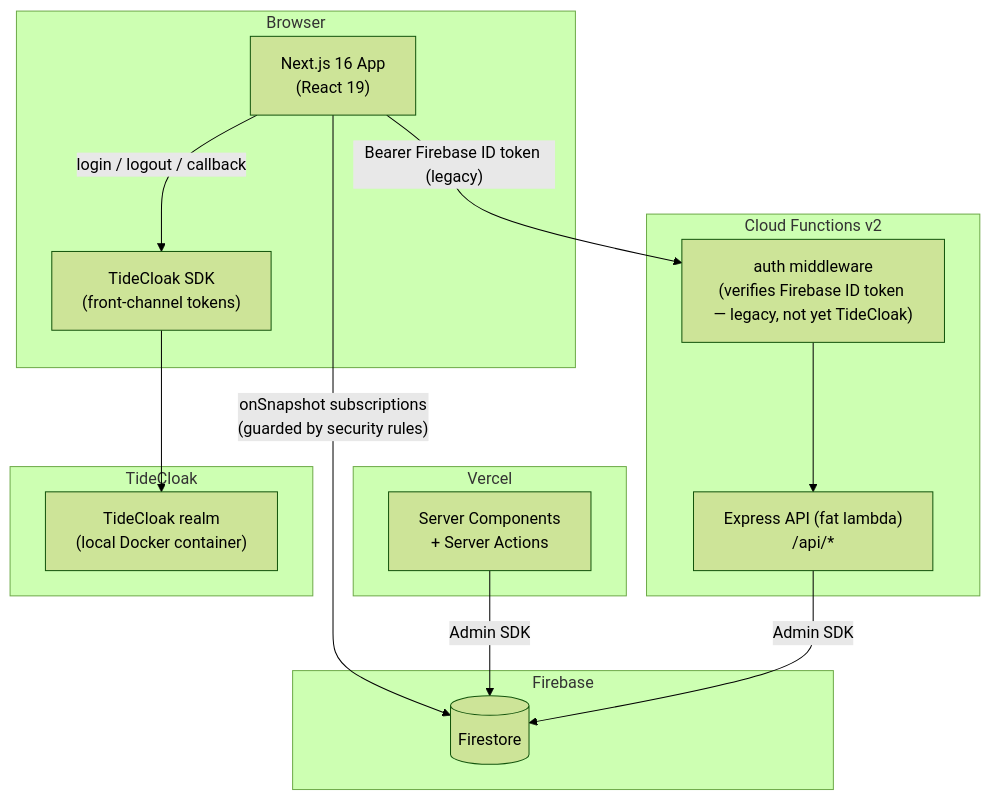
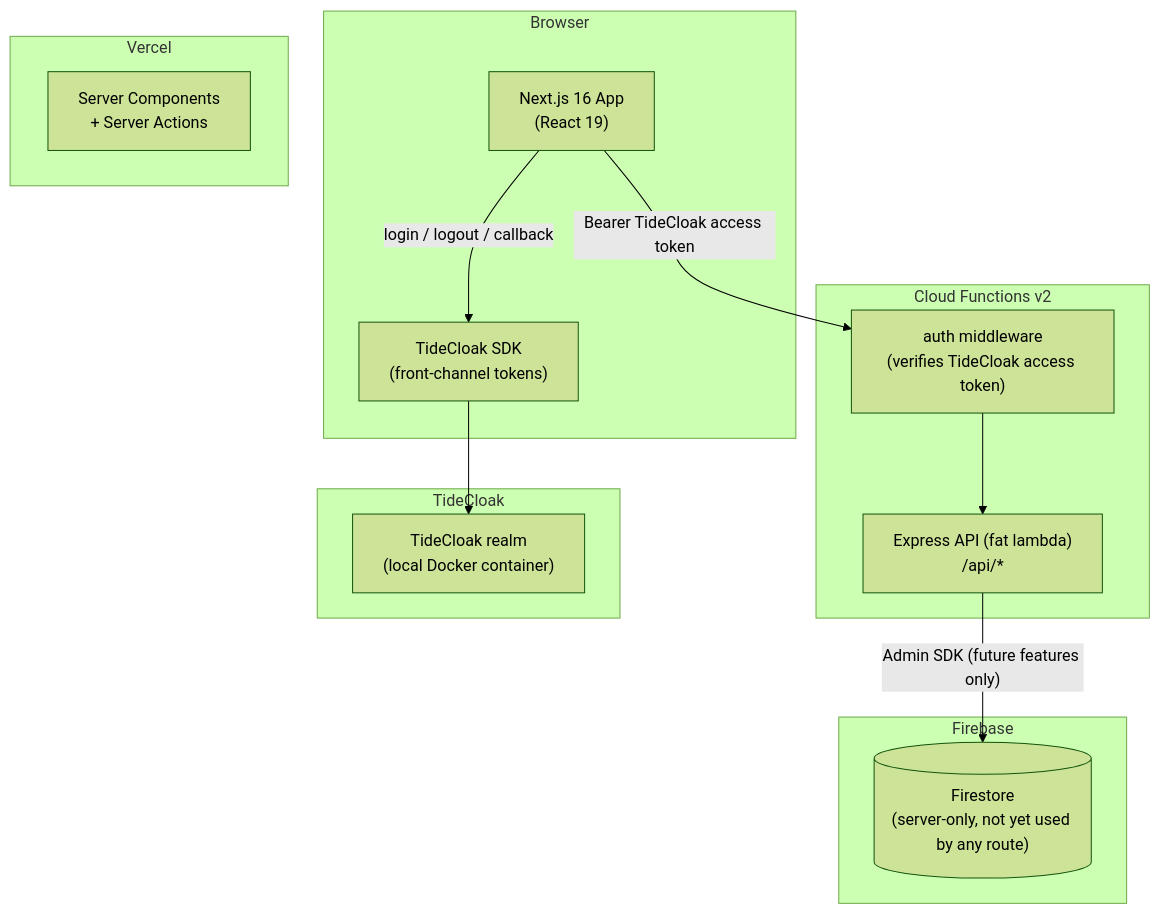
The first of 2 diagrams in docs/ARCHITECTURE.md (s3945794/Cyber-Immunity-Hackathon-Project-3), drawn with Mermaid (forest theme) before and after one commit. The commit also changed other lines of this file and 21 other files, not shown here.

Commit message:
docs: document TideCloak and server-only Firestore architecture

````diff
--- a/docs/ARCHITECTURE.md
+++ b/docs/ARCHITECTURE.md
@@ -16,30 +17,28 @@
 ```mermaid
 flowchart TB
     subgraph Browser
         UI["Next.js 16 App<br/>(React 19)"]
         TC["TideCloak SDK<br/>(front-channel tokens)"]
     end
 
     subgraph Vercel
         SC["Server Components<br/>+ Server Actions"]
     end
 
     subgraph "Cloud Functions v2"
         API["Express API (fat lambda)<br/>/api/*"]
-        MW["auth middleware<br/>(verifies Firebase ID token — legacy, not yet TideCloak)"]
+        MW["auth middleware<br/>(verifies TideCloak access token)"]
     end
 
     subgraph TideCloak
         TCS["TideCloak realm<br/>(local Docker container)"]
     end
 
     subgraph Firebase
-        FS[("Firestore")]
+        FS[("Firestore<br/>(server-only, not yet used by any route)")]
     end
 
     UI -->|"login / logout / callback"| TC --> TCS
-    UI -->|"onSnapshot subscriptions<br/>(guarded by security rules)"| FS
-    UI -->|"Bearer Firebase ID token (legacy)"| MW --> API
-    SC -->|"Admin SDK"| FS
-    API -->|"Admin SDK"| FS
+    UI -->|"Bearer TideCloak access token"| MW --> API
+    API -->|"Admin SDK (future features only)"| FS
 ```
````
